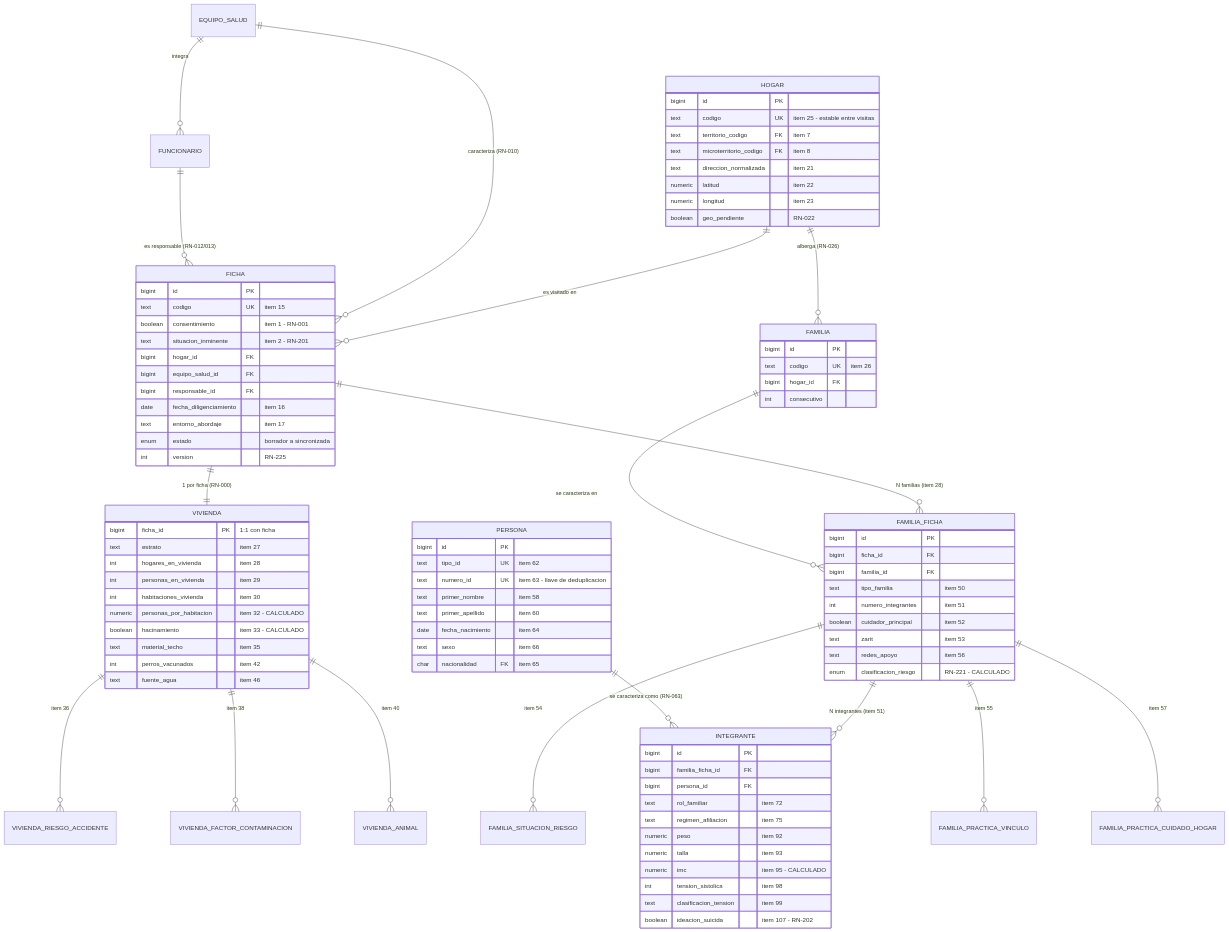
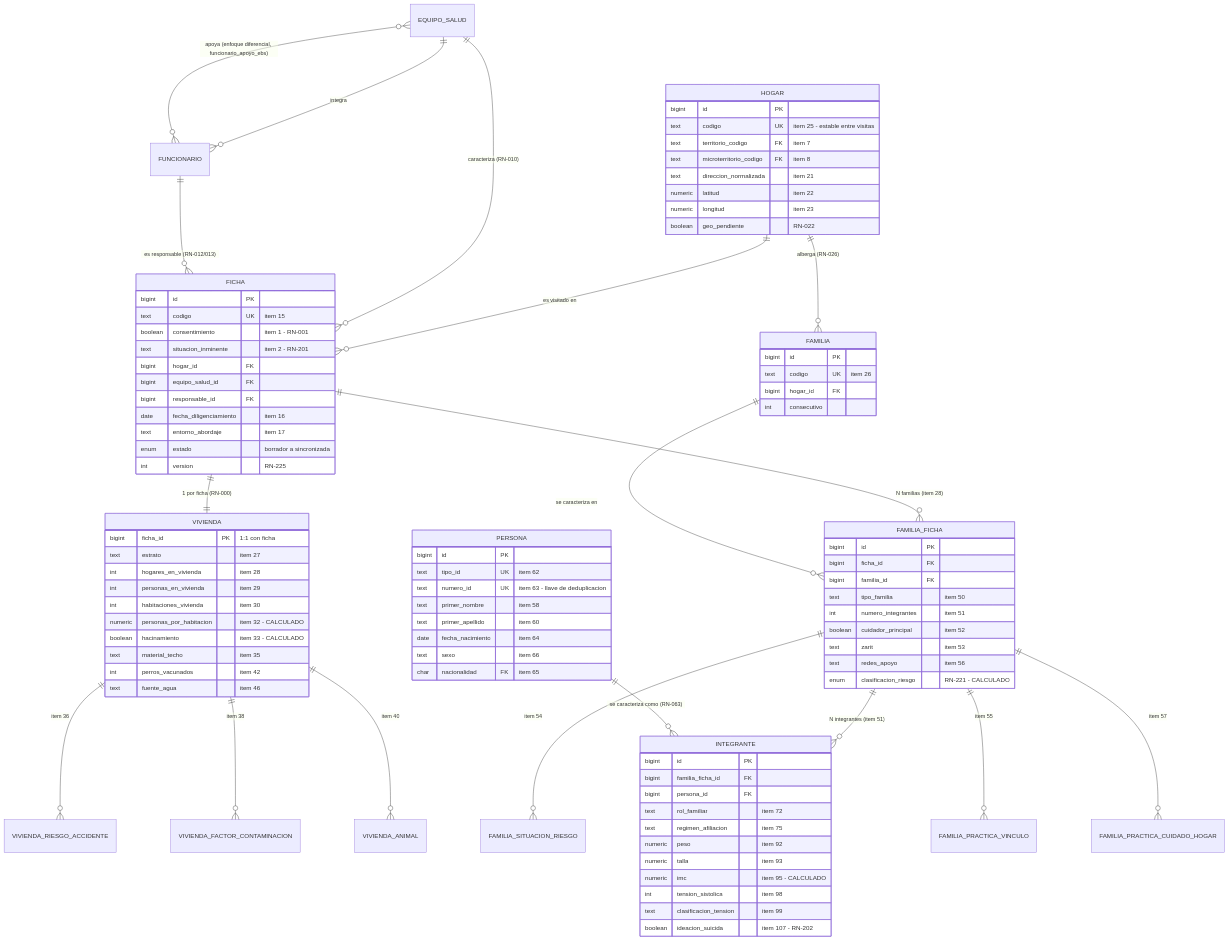
The first of 4 diagrams in bd/MODELO_ENTIDAD_RELACION.md (Nico023110/APS_ENCUESTA), drawn with Mermaid before and after one commit. The commit also changed 18 other files, not shown here.

First line of the commit message:
feat: personal de apoyo a varios EBS y navegación al corregir

```diff
--- a/bd/MODELO_ENTIDAD_RELACION.md
+++ b/bd/MODELO_ENTIDAD_RELACION.md
@@ -74,6 +74,7 @@
     EQUIPO_SALUD ||--o{ FICHA : "caracteriza (RN-010)"
     FUNCIONARIO ||--o{ FICHA : "es responsable (RN-012/013)"
     EQUIPO_SALUD ||--o{ FUNCIONARIO : "integra"
+    FUNCIONARIO }o--o{ EQUIPO_SALUD : "apoya (enfoque diferencial, funcionario_apoyo_ebs)"
 
     FICHA ||--|| VIVIENDA : "1 por ficha (RN-000)"
     FICHA ||--o{ FAMILIA_FICHA : "N familias (item 28)"
```
